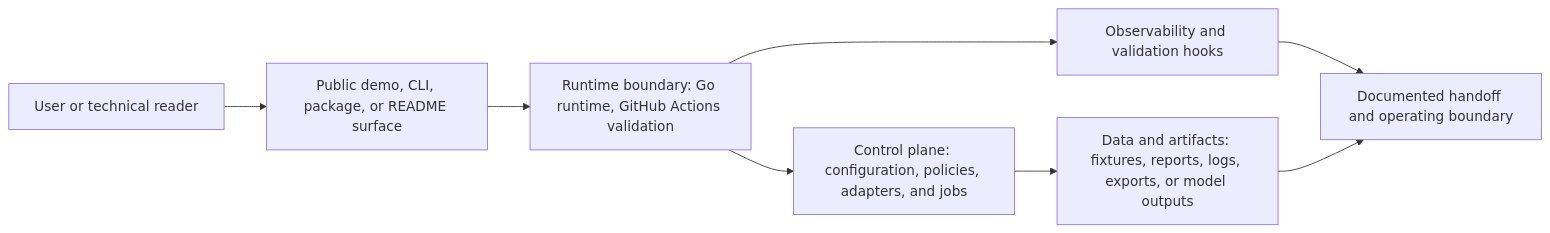
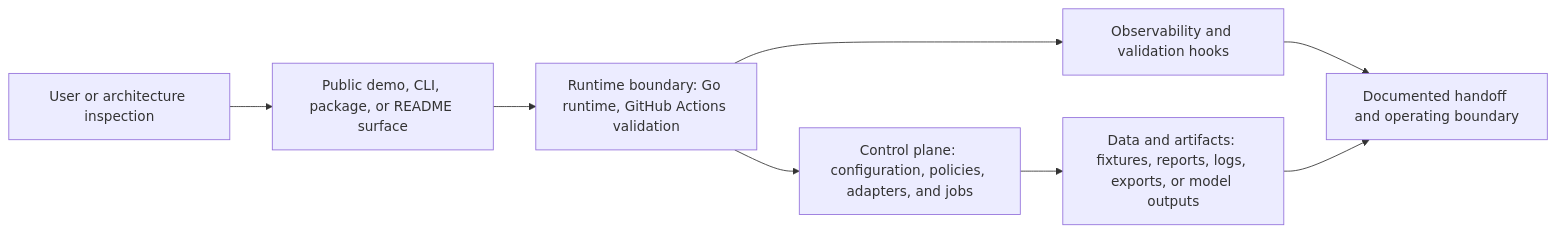
One commit to KIM3310/agent-runtime-go changed the diagram in docs/system-architecture.md. Above: the diagram before and after it, drawn with Mermaid. The commit also changed 6 other files, not shown here.

Commit message:
Polish architecture-centered repository surfaces

````diff
--- a/docs/system-architecture.md
+++ b/docs/system-architecture.md
@@ -18,10 +18,10 @@
 ```mermaid
 flowchart LR
-    User["User or technical reader"] --> Surface["Public demo, CLI, package, or README surface"]
+    User["User or architecture inspection"] --> Surface["Public demo, CLI, package, or README surface"]
     Surface --> Runtime["Runtime boundary: Go runtime, GitHub Actions validation"]
     Runtime --> Control["Control plane: configuration, policies, adapters, and jobs"]
     Control --> Data["Data and artifacts: fixtures, reports, logs, exports, or model outputs"]
     Runtime --> Observability["Observability and validation hooks"]
     Observability --> Handoff["Documented handoff and operating boundary"]
     Data --> Handoff
 ```
````
